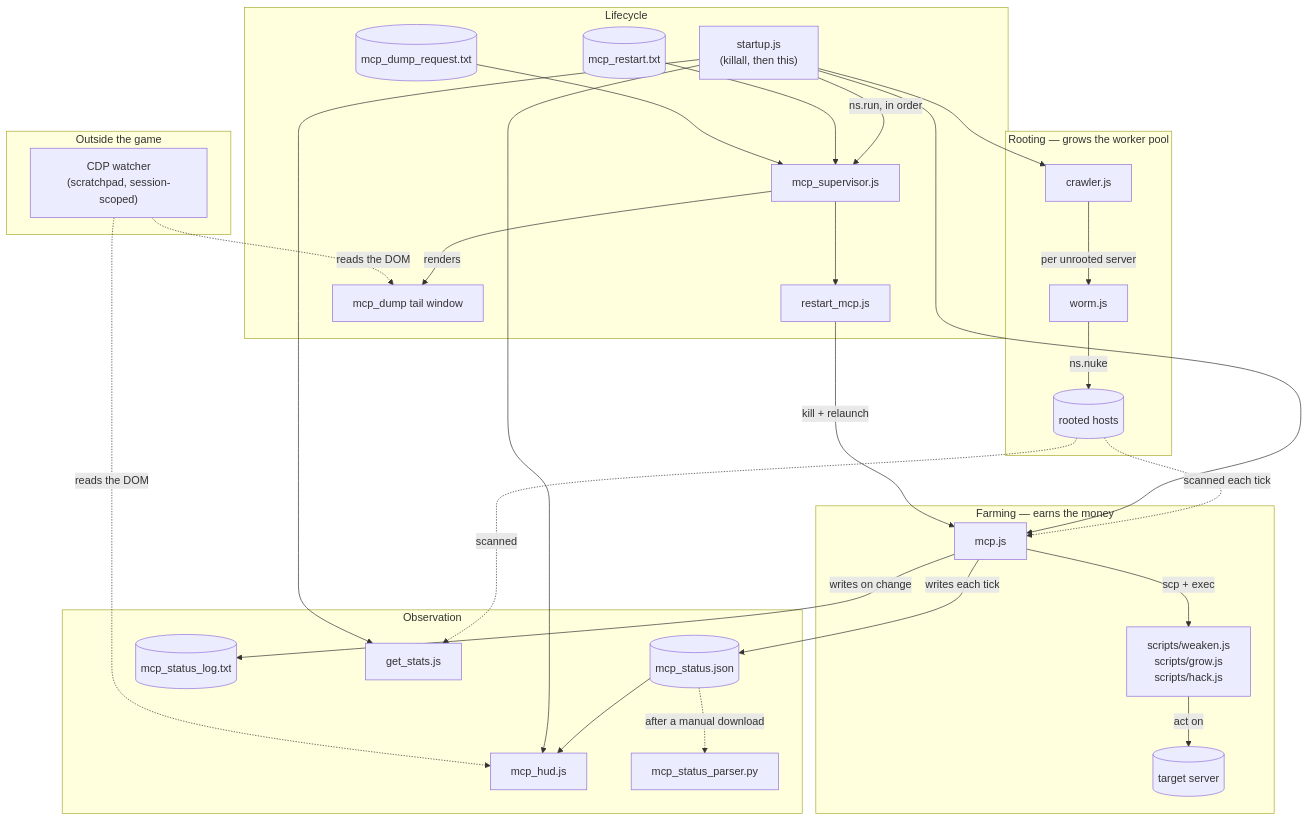
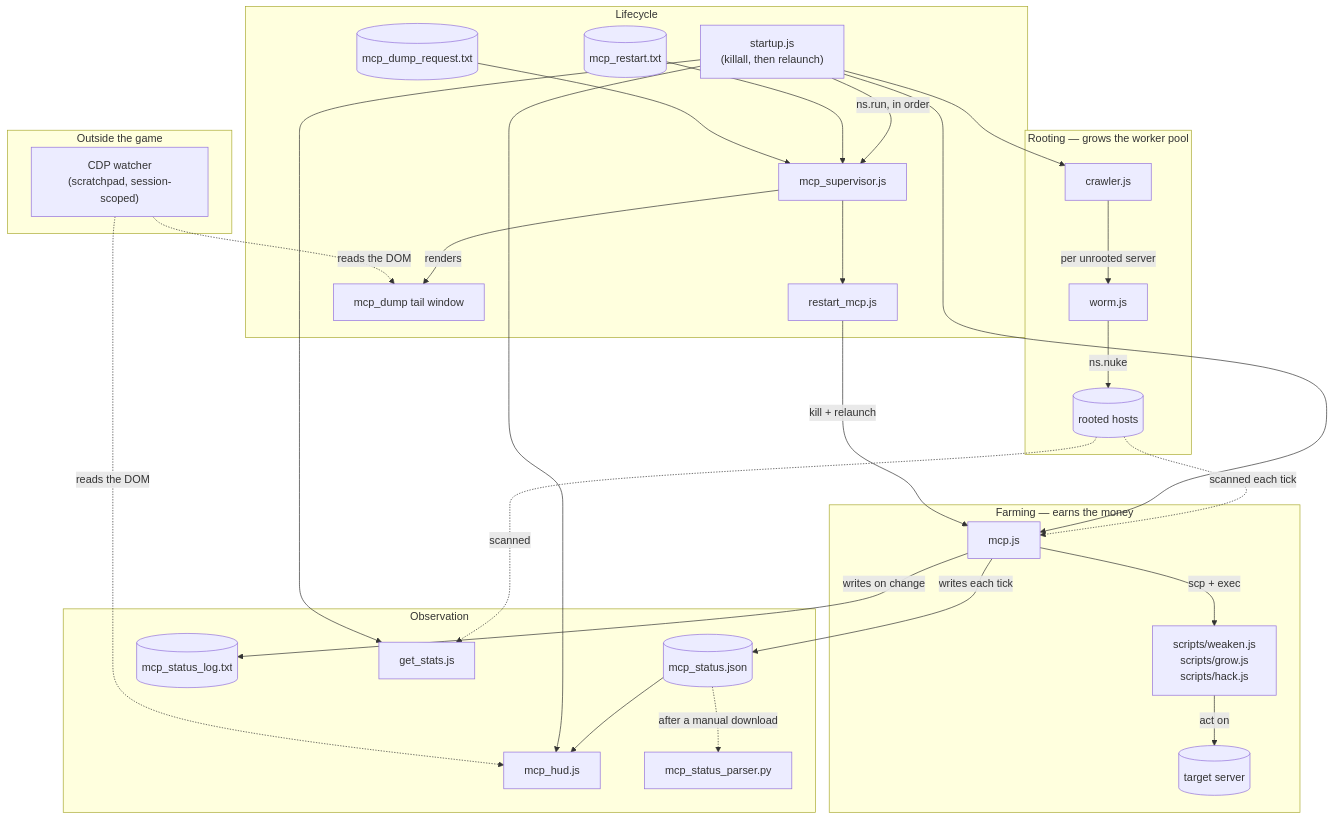
Before and after one commit to waunder/BitBurner: the diagram in docs/processes.md, drawn with Mermaid. The commit also changed other lines of this file and 3 other files, not shown here.

First line of the commit message:
Fold killall into startup.js — one command instead of two

````diff
--- a/docs/processes.md
+++ b/docs/processes.md
@@ -17,39 +17,39 @@
 ```mermaid
 flowchart TB
     subgraph root["Rooting — grows the worker pool"]
         crawler[crawler.js] -->|per unrooted server| worm[worm.js]
         worm -->|ns.nuke| pool[(rooted hosts)]
     end
 
     subgraph farm["Farming — earns the money"]
         mcp[mcp.js] -->|scp + exec| actions["scripts/weaken.js<br/>scripts/grow.js<br/>scripts/hack.js"]
         pool -.->|scanned each tick| mcp
         actions -->|act on| target[(target server)]
     end
 
     subgraph obs["Observation"]
         mcp -->|writes each tick| status[(mcp_status.json)]
         mcp -->|writes on change| logfile[(mcp_status_log.txt)]
         status --> hud[mcp_hud.js]
         pool -.->|scanned| stats[get_stats.js]
         status -.->|after a manual download| parser[mcp_status_parser.py]
     end
 
     subgraph life["Lifecycle"]
-        boot["startup.js<br/>(killall, then this)"] -->|ns.run, in order| sup[mcp_supervisor.js]
+        boot["startup.js<br/>(killall, then relaunch)"] -->|ns.run, in order| sup[mcp_supervisor.js]
         boot --> crawler
         boot --> mcp
         boot --> hud[mcp_hud.js]
         boot --> stats
         flag[(mcp_restart.txt)] --> sup
         sup --> restart[restart_mcp.js]
         restart -->|kill + relaunch| mcp
         dumpreq[(mcp_dump_request.txt)] --> sup
         sup -->|renders| dumptail[mcp_dump tail window]
     end
 
     subgraph out["Outside the game"]
         cdp["CDP watcher<br/>(scratchpad, session-scoped)"] -.->|reads the DOM| hud
         cdp -.->|reads the DOM| dumptail
     end
 ```
````
